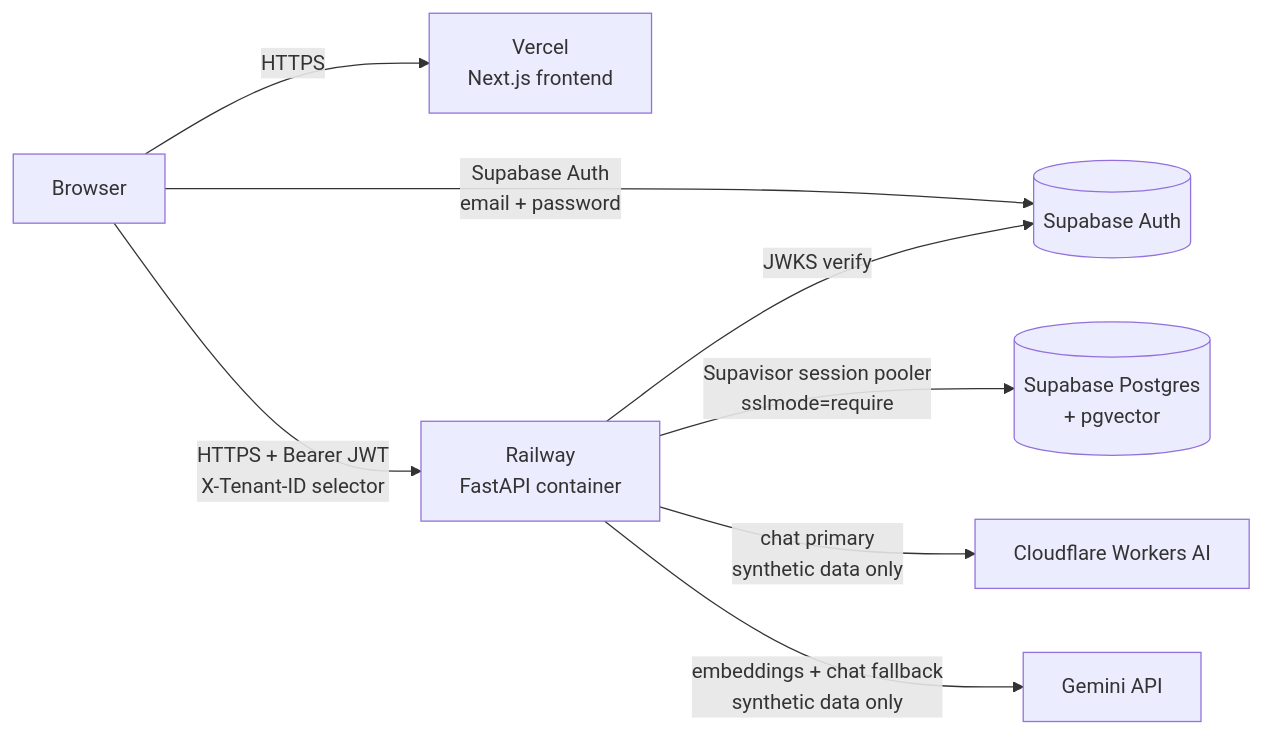
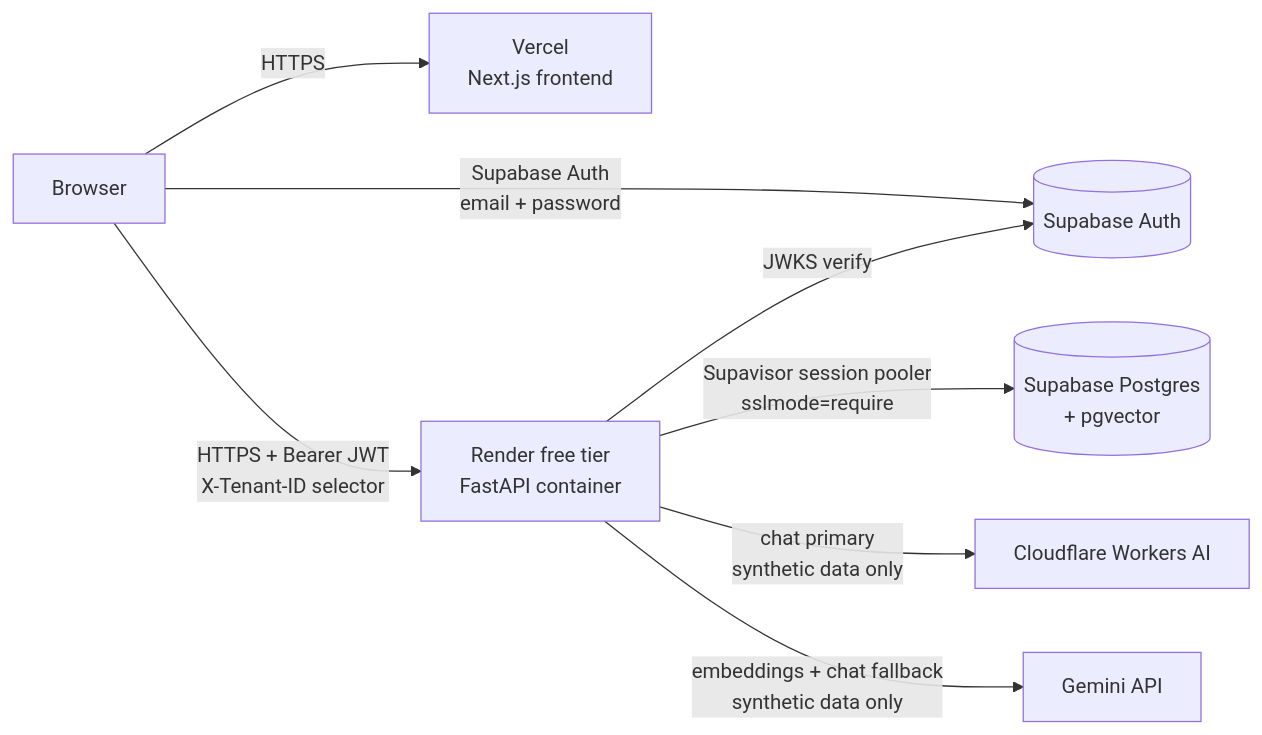
One commit to Shelunagori/ecommerce-ai-ops-agent changed the diagram in docs/DEPLOYMENT.md. Above: the diagram before and after it, drawn with Mermaid. The commit also changed other lines of this file and 5 other files, not shown here.

First line of the commit message:
docs: API now hosted on Render free tier; document cold-start handling

````diff
--- a/docs/DEPLOYMENT.md
+++ b/docs/DEPLOYMENT.md
@@ -14,10 +21,10 @@
 ```mermaid
 flowchart LR
   B[Browser] -->|HTTPS| V[Vercel<br/>Next.js frontend]
   B -->|Supabase Auth<br/>email + password| SA[(Supabase Auth)]
-  B -->|HTTPS + Bearer JWT<br/>X-Tenant-ID selector| R[Railway<br/>FastAPI container]
+  B -->|HTTPS + Bearer JWT<br/>X-Tenant-ID selector| R[Render free tier<br/>FastAPI container]
   R -->|JWKS verify| SA
   R -->|Supavisor session pooler<br/>sslmode=require| DB[(Supabase Postgres<br/>+ pgvector)]
   R -->|chat primary<br/>synthetic data only| CF[Cloudflare Workers AI]
   R -->|embeddings + chat fallback<br/>synthetic data only| G[Gemini API]
 ```
````
